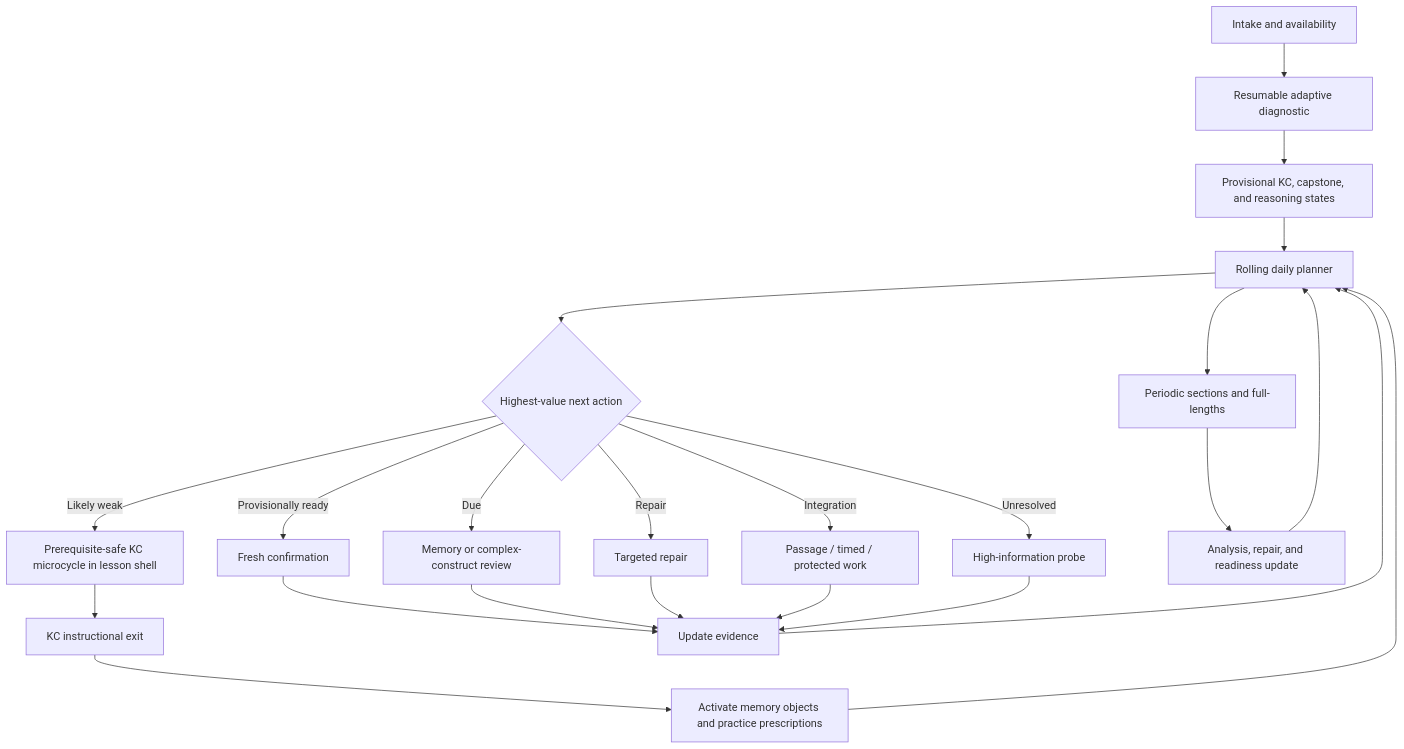
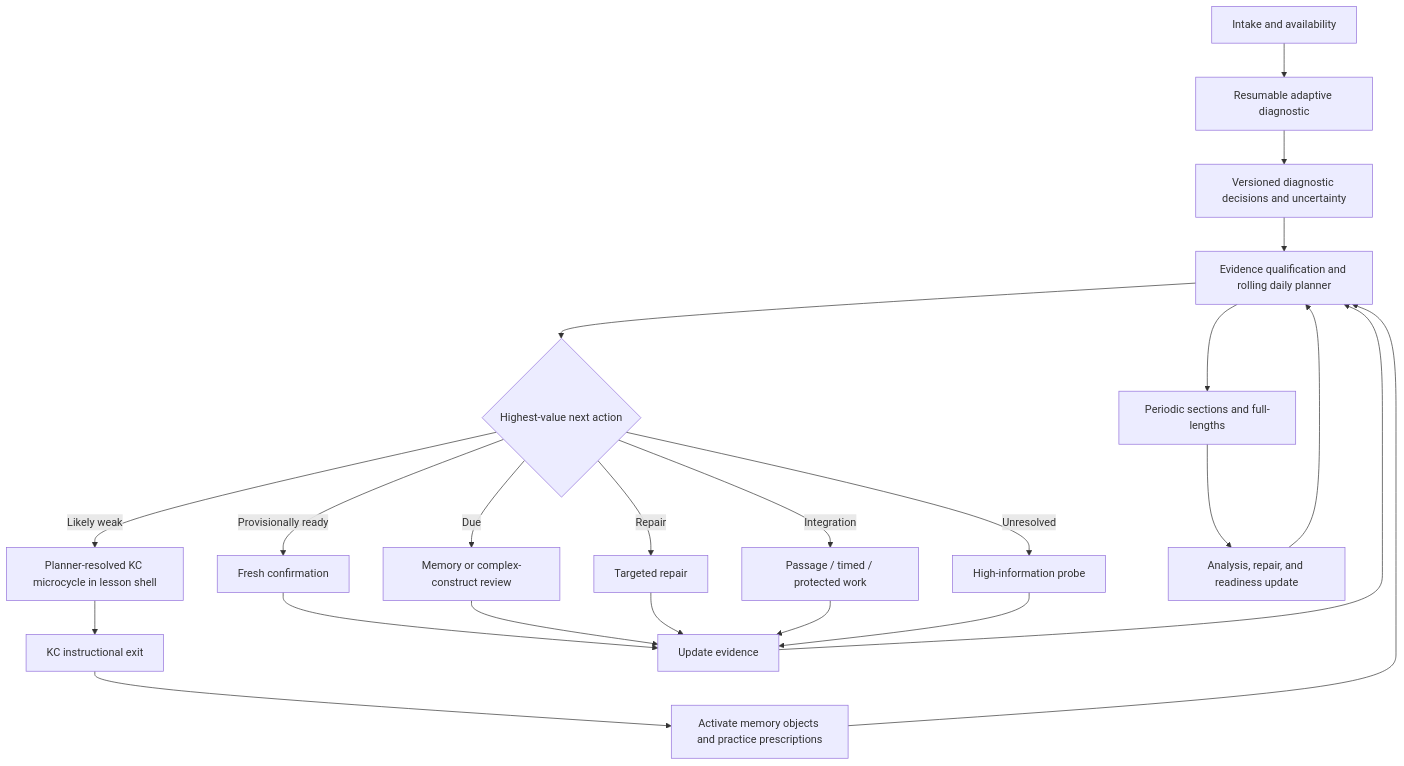
One commit to jsonjj/mcat-prep changed the diagram in docs/design/mcat-complete-learning-flow.md. Above: the diagram before and after it, drawn with Mermaid. The commit also changed other lines of this file and 85 other files, not shown here.

````diff
--- a/docs/design/mcat-complete-learning-flow.md
+++ b/docs/design/mcat-complete-learning-flow.md
@@ -378,25 +498,25 @@
 ```mermaid
 flowchart TD
   A[Intake and availability] --> B[Resumable adaptive diagnostic]
-  B --> C[Provisional KC, capstone, and reasoning states]
-  C --> D[Rolling daily planner]
+  B --> C[Versioned diagnostic decisions and uncertainty]
+  C --> D[Evidence qualification and rolling daily planner]
   D --> E{Highest-value next action}
   E -->|Unresolved| F[High-information probe]
-  E -->|Likely weak| G[Prerequisite-safe KC microcycle in lesson shell]
+  E -->|Likely weak| G[Planner-resolved KC microcycle in lesson shell]
   E -->|Provisionally ready| H[Fresh confirmation]
   E -->|Due| I[Memory or complex-construct review]
   E -->|Repair| J[Targeted repair]
   E -->|Integration| K[Passage / timed / protected work]
   G --> L[KC instructional exit]
   L --> M[Activate memory objects and practice prescriptions]
   H --> N[Update evidence]
   I --> N
   J --> N
   K --> N
   F --> N
   M --> D
   N --> D
   D --> O[Periodic sections and full-lengths]
   O --> P[Analysis, repair, and readiness update]
   P --> D
 ```
````
